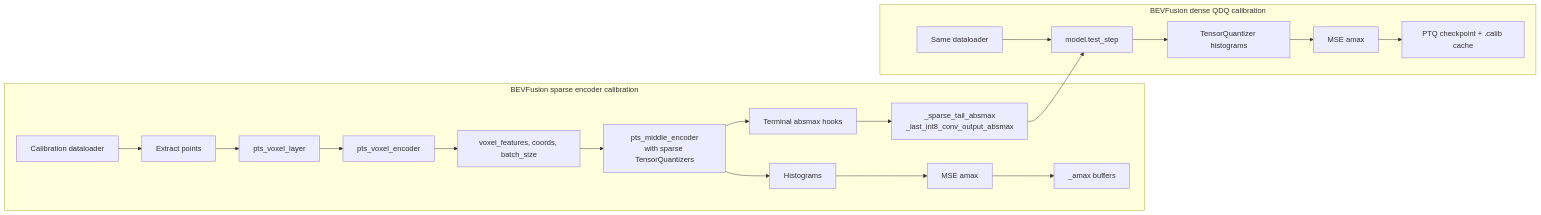
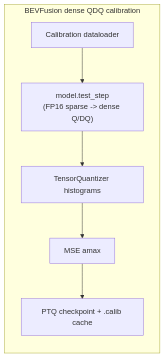
Before and after one commit to vividf/AWML: the second of 4 diagrams in docs/quantization_pipeline.md, drawn with Mermaid. The commit also changed other lines of this file and 51 other files, not shown here.

````diff
--- a/docs/quantization_pipeline.md
+++ b/docs/quantization_pipeline.md
@@ -76,24 +53,9 @@
 ```mermaid
 flowchart LR
-    subgraph Sparse_SpConv_Calibration[BEVFusion sparse encoder calibration]
-        A["Calibration dataloader"] --> B["Extract points"]
-        B --> C["pts_voxel_layer"]
-        C --> D["pts_voxel_encoder"]
-        D --> E["voxel_features, coords, batch_size"]
-        E --> F["pts_middle_encoder<br/>with sparse TensorQuantizers"]
-        F --> G["Histograms"]
-        G --> H["MSE amax"]
-        H --> I["_amax buffers"]
-        F --> J["Terminal absmax hooks"]
-        J --> K["_sparse_tail_absmax<br/>_last_int8_conv_output_absmax"]
-    end
-
     subgraph Dense_Calibration[BEVFusion dense QDQ calibration]
-        L["Same dataloader"] --> M["model.test_step"]
+        L["Calibration dataloader"] --> M["model.test_step<br/>(FP16 sparse -> dense Q/DQ)"]
         M --> N["TensorQuantizer histograms"]
         N --> O["MSE amax"]
         O --> P["PTQ checkpoint + .calib cache"]
     end
-
-    K --> M
 ```
````
